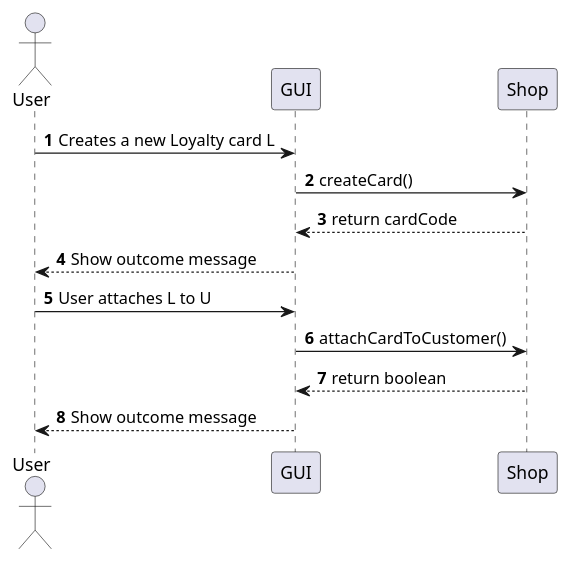
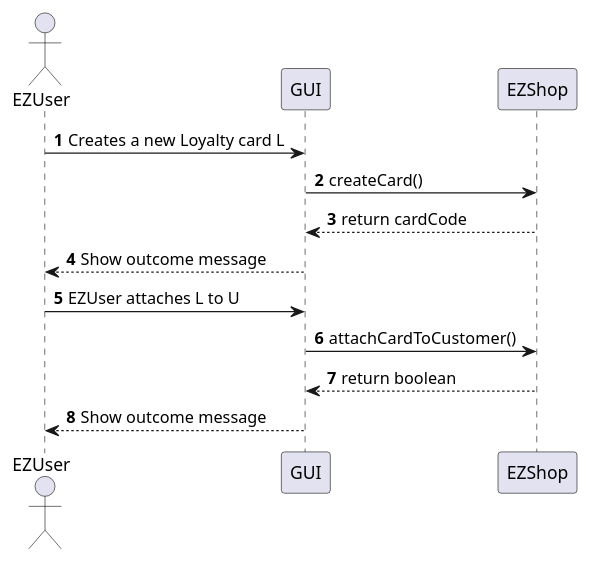
One commit to Stormz4/group20-EzShop changed diagram 13 of 24 in Deliverables/DesignDocument.md. Above: the diagram before and after it, drawn with PlantUML. The commit also changed other lines of this file and 3 other files, not shown here.

````diff
--- a/Deliverables/DesignDocument.md
+++ b/Deliverables/DesignDocument.md
@@ -563,14 +560,14 @@
 ```plantuml
 @startuml
-Actor User
+Actor EZUser
 autonumber
-User -> GUI: Creates a new Loyalty card L
-GUI -> Shop: createCard()
-Shop --> GUI: return cardCode
-GUI --> User: Show outcome message
-User -> GUI: User attaches L to U
-GUI -> Shop: attachCardToCustomer()
-Shop --> GUI: return boolean
-GUI --> User: Show outcome message
+EZUser -> GUI: Creates a new Loyalty card L
+GUI -> EZShop: createCard()
+EZShop --> GUI: return cardCode
+GUI --> EZUser: Show outcome message
+EZUser -> GUI: EZUser attaches L to U
+GUI -> EZShop: attachCardToCustomer()
+EZShop --> GUI: return boolean
+GUI --> EZUser: Show outcome message
 @enduml
 ```
````
